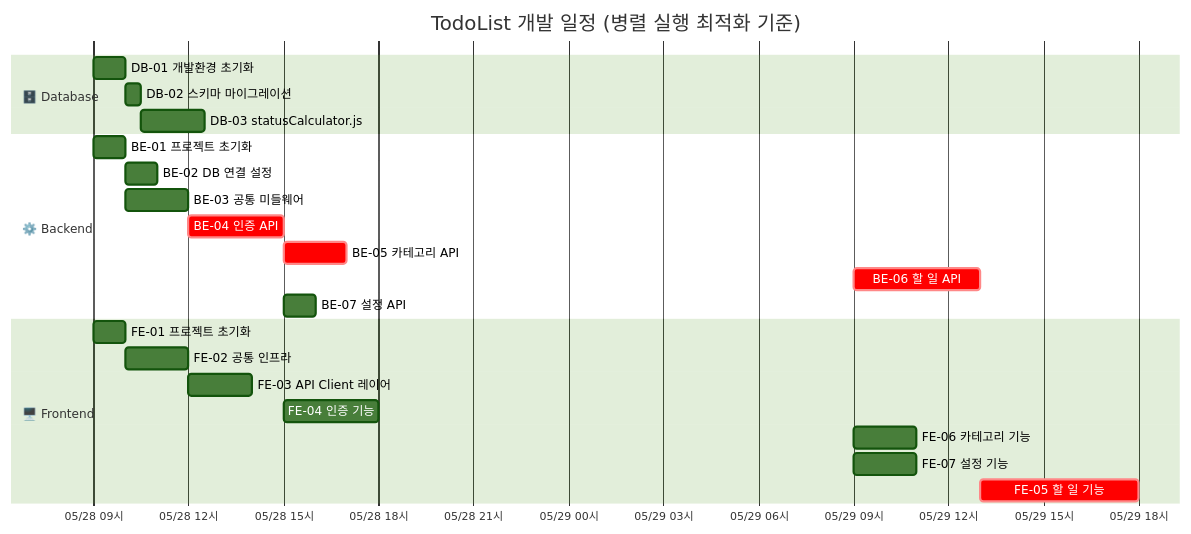
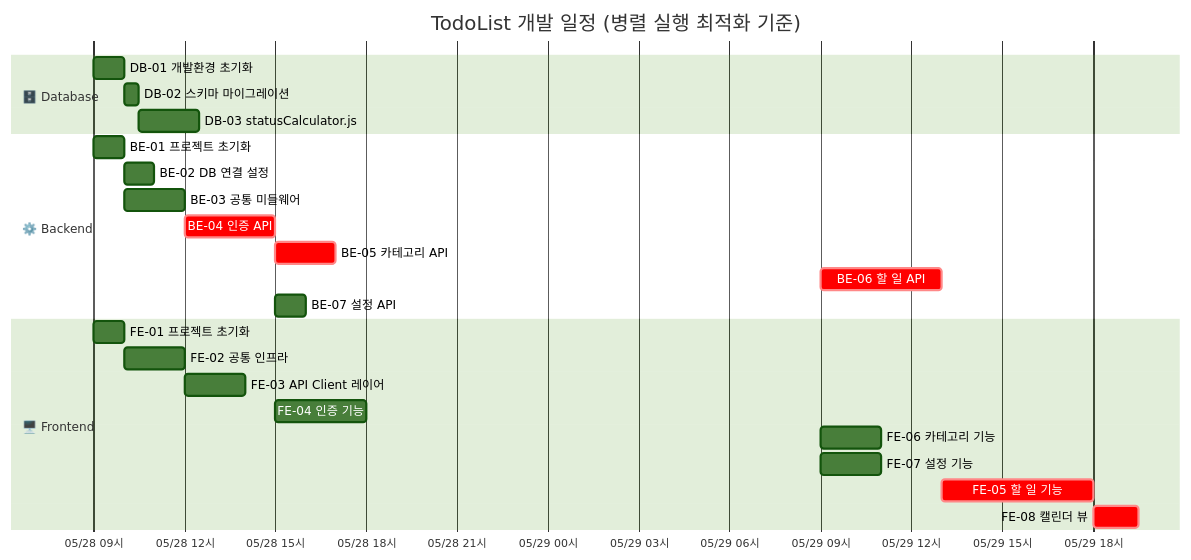
The diagram in docs/7-execution-plan.md (Mok0e/todolist), drawn with Mermaid (forest theme) before and after one commit. The commit also changed other lines of this file and 4 other files, not shown here.

````diff
--- a/docs/7-execution-plan.md
+++ b/docs/7-execution-plan.md
@@ -66,29 +90,30 @@
 ```mermaid
 gantt
     title TodoList 개발 일정 (병렬 실행 최적화 기준)
     dateFormat YYYY-MM-DD HH:mm
     axisFormat %m/%d %H시
 
     section 🗄️ Database
     DB-01 개발환경 초기화          :db01, 2026-05-28 09:00, 1h
     DB-02 스키마 마이그레이션      :db02, 2026-05-28 10:00, 30m
     DB-03 statusCalculator.js     :db03, 2026-05-28 10:30, 2h
 
     section ⚙️ Backend
     BE-01 프로젝트 초기화          :be01, 2026-05-28 09:00, 1h
     BE-02 DB 연결 설정             :be02, 2026-05-28 10:00, 1h
     BE-03 공통 미들웨어            :be03, 2026-05-28 10:00, 2h
     BE-04 인증 API                 :crit, be04, 2026-05-28 12:00, 3h
     BE-05 카테고리 API             :crit, be05, 2026-05-28 15:00, 2h
     BE-06 할 일 API                :crit, be06, 2026-05-29 09:00, 4h
     BE-07 설정 API                 :be07, 2026-05-28 15:00, 1h
 
     section 🖥️ Frontend
     FE-01 프로젝트 초기화          :fe01, 2026-05-28 09:00, 1h
     FE-02 공통 인프라              :fe02, 2026-05-28 10:00, 2h
     FE-03 API Client 레이어        :fe03, 2026-05-28 12:00, 2h
     FE-04 인증 기능                :fe04, 2026-05-28 15:00, 3h
     FE-06 카테고리 기능            :fe06, 2026-05-29 09:00, 2h
     FE-07 설정 기능                :fe07, 2026-05-29 09:00, 2h
     FE-05 할 일 기능               :crit, fe05, 2026-05-29 13:00, 5h
+    FE-08 캘린더 뷰                :crit, fe08, 2026-05-29 18:00, 90m
 ```
````
